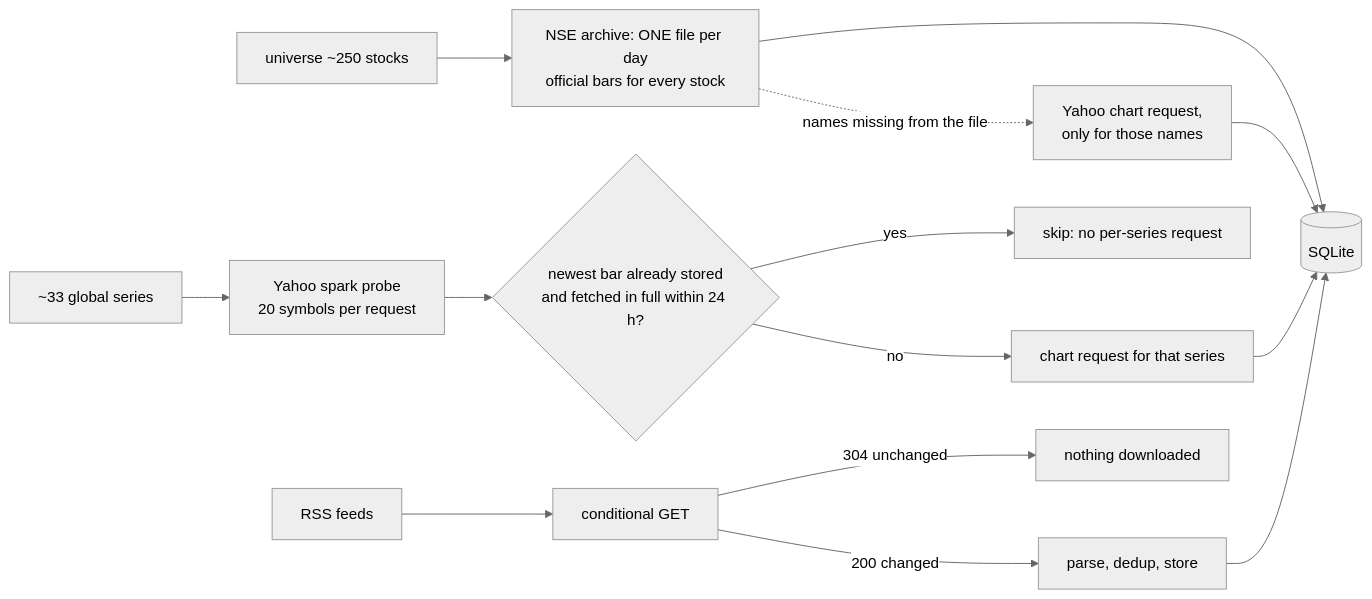
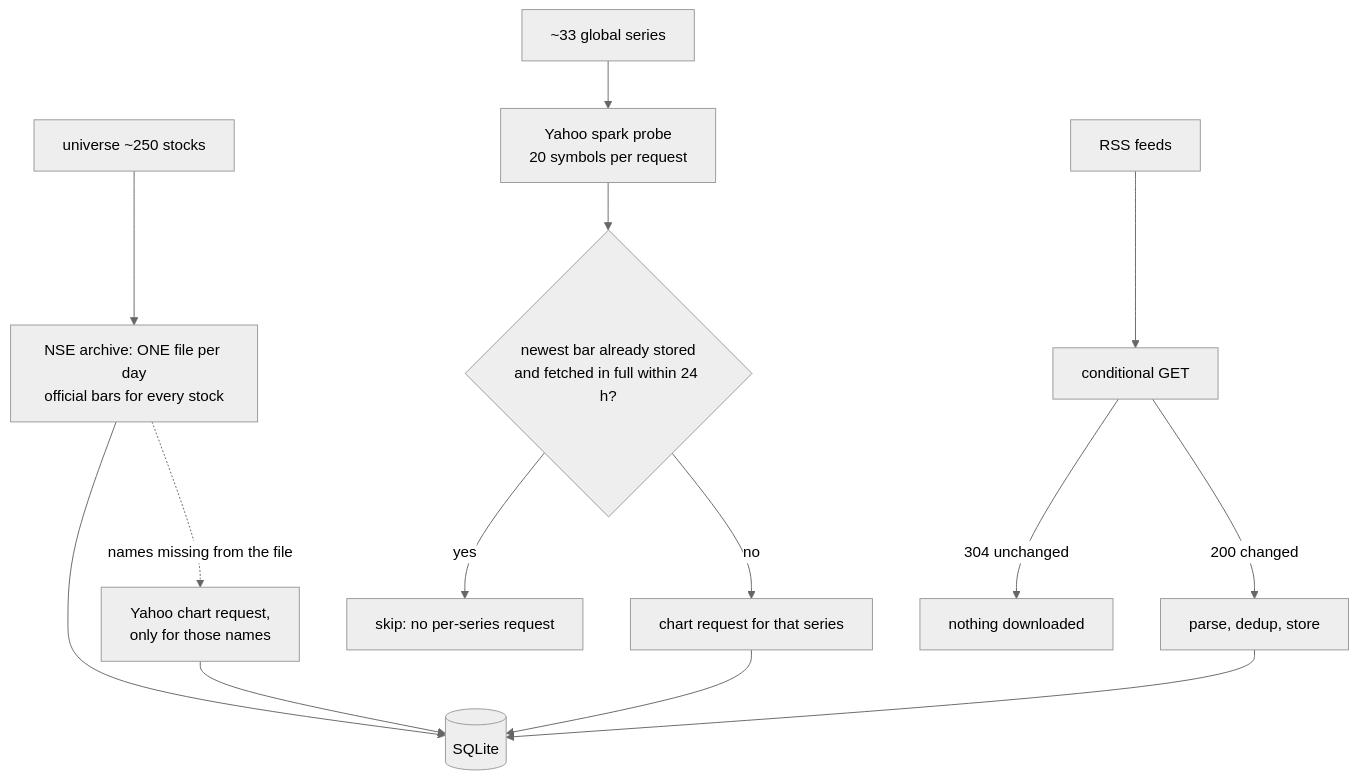
Diagram 13 of 18 in MONSTER-AI/docs/ARCHITECTURE.md (amansoni7477030/MonsterStock_AI), drawn with Mermaid (neutral theme) before and after one commit. The commit also changed other lines of this file and 5 other files, not shown here.

````diff
--- a/MONSTER-AI/docs/ARCHITECTURE.md
+++ b/MONSTER-AI/docs/ARCHITECTURE.md
@@ -567,16 +522,16 @@
 ```mermaid
-flowchart LR
+flowchart TB
     U["universe ~250 stocks"] --> OFF["NSE archive: ONE file per day<br/>official bars for every stock"]
     OFF --> DB[("SQLite")]
     OFF -. "names missing from the file" .-> REPAIR["Yahoo chart request,<br/>only for those names"]
     REPAIR --> DB
     GS["~33 global series"] --> SP["Yahoo spark probe<br/>20 symbols per request"]
     SP --> CH{"newest bar already stored<br/>and fetched in full within 24 h?"}
     CH -- yes --> SK["skip: no per-series request"]
     CH -- no --> CHART["chart request for that series"]
     CHART --> DB
     FEEDS["RSS feeds"] --> CG["conditional GET"]
     CG -- "304 unchanged" --> SK2["nothing downloaded"]
     CG -- "200 changed" --> NI["parse, dedup, store"]
     NI --> DB
 ```
````
